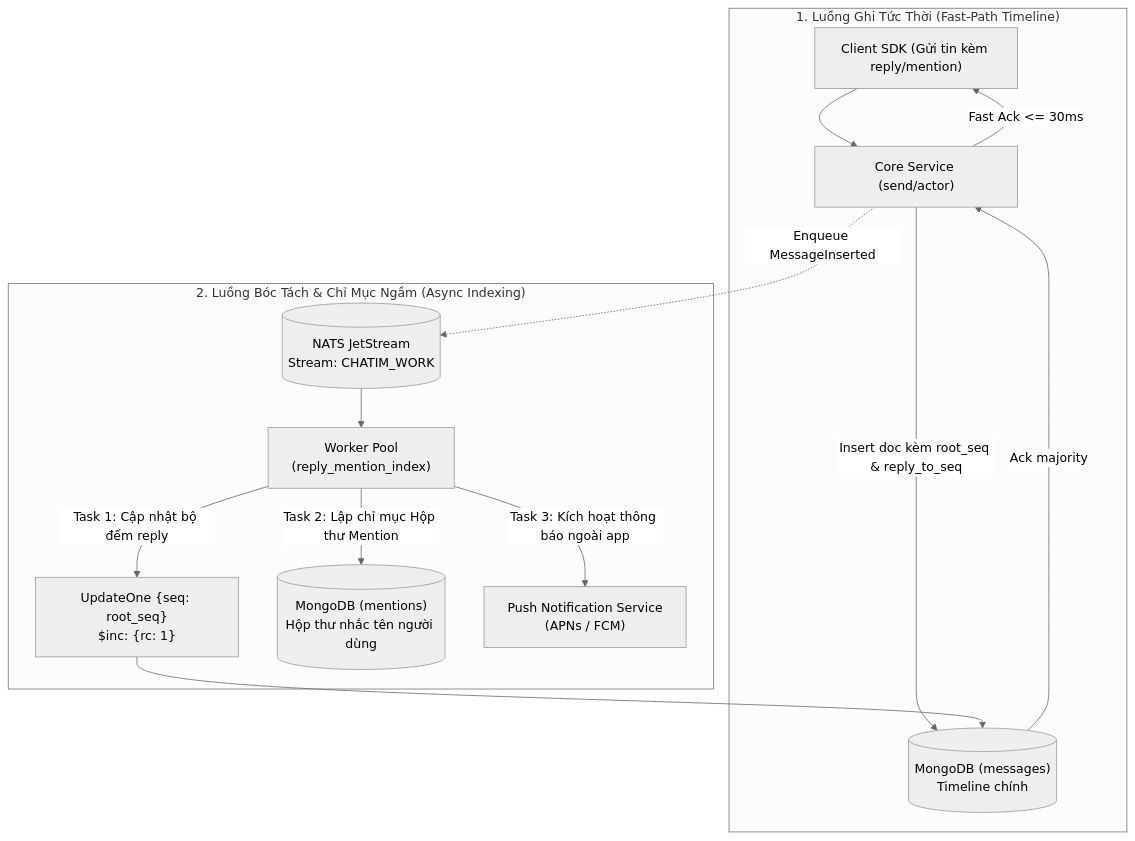
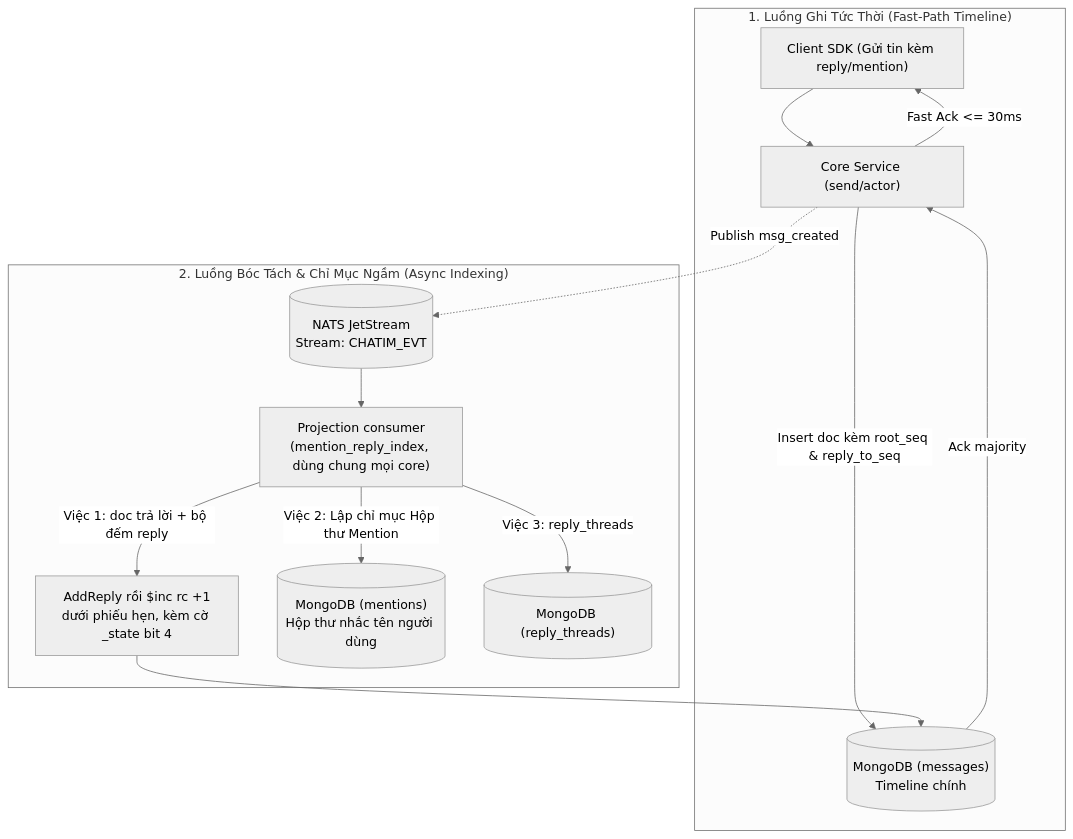
The first of 2 diagrams in docs/modules/06-feature-threads-replies-and-mentions.md (ivannguyendev/chatim), drawn with Mermaid (neutral theme) before and after one commit. The commit also changed other lines of this file and 16 other files, not shown here.

````diff
--- a/docs/modules/06-feature-threads-replies-and-mentions.md
+++ b/docs/modules/06-feature-threads-replies-and-mentions.md
@@ -25,24 +25,24 @@
 ```mermaid
 flowchart TD
     Client["Client SDK (Gửi tin kèm reply/mention)"] --> Core["Core Service (send/actor)"]
 
     %% Luồng nhanh
     subgraph FastPath["1. Luồng Ghi Tức Thời (Fast-Path Timeline)"]
         Core -->|Insert doc kèm root_seq & reply_to_seq| MongoMsg[("MongoDB (messages)<br/>Timeline chính")]
         MongoMsg -->|Ack majority| Core
         Core -->|Fast Ack <= 30ms| Client
     end
 
     %% Luồng bất đồng bộ
     subgraph AsyncPath["2. Luồng Bóc Tách & Chỉ Mục Ngầm (Async Indexing)"]
-        Core -.->|Enqueue MessageInserted| WorkQ[("NATS JetStream<br/>Stream: CHATIM_WORK")]
-        WorkQ --> Worker["Worker Pool<br/>(reply_mention_index)"]
+        Core -.->|Publish msg_created| EvtQ[("NATS JetStream<br/>Stream: CHATIM_EVT")]
+        EvtQ --> Worker["Projection consumer<br/>(mention_reply_index, dùng chung mọi core)"]
 
-        Worker -->|Task 1: Cập nhật bộ đếm reply| IncReply["UpdateOne {seq: root_seq}<br/>$inc: {rc: 1}"]
+        Worker -->|Việc 1: doc trả lời + bộ đếm reply| IncReply["AddReply rồi $inc rc +1<br/>dưới phiếu hẹn, kèm cờ _state bit 4"]
         IncReply --> MongoMsg
 
-        Worker -->|Task 2: Lập chỉ mục Hộp thư Mention| MentBox[("MongoDB (mentions)<br/>Hộp thư nhắc tên người dùng")]
+        Worker -->|Việc 2: Lập chỉ mục Hộp thư Mention| MentBox[("MongoDB (mentions)<br/>Hộp thư nhắc tên người dùng")]
 
-        Worker -->|Task 3: Kích hoạt thông báo ngoài app| PushSrv["Push Notification Service<br/>(APNs / FCM)"]
+        Worker -->|Việc 3: reply_threads| Threads[("MongoDB (reply_threads)")]
     end
 ```
````
